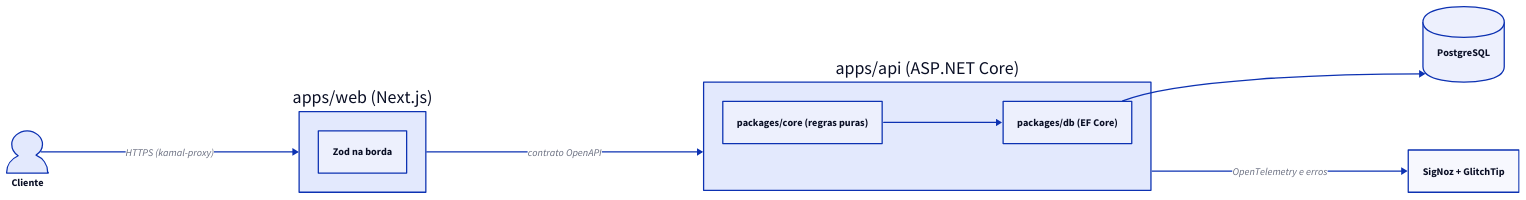
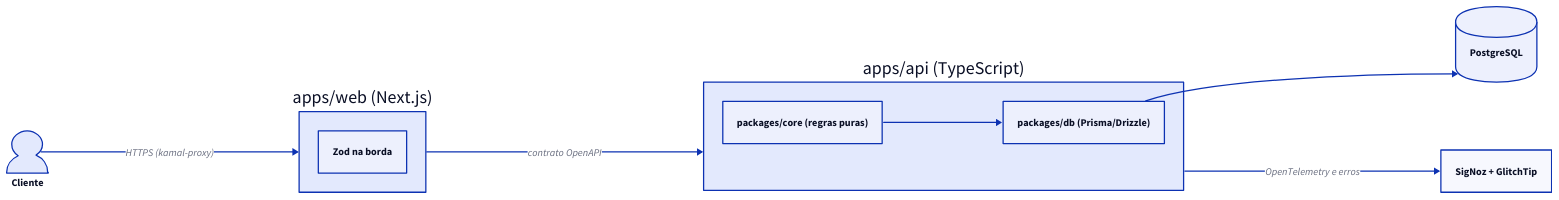
The diagram in 11-setup-dev-setup/docs/arquitetura-exemplo.d2 (AlanMateus17/Portfolio-AMS-Obsidian-Vault), drawn with D2 before and after one commit. The commit also changed 126 other files, not shown here.

```diff
--- a/11-setup-dev-setup/docs/arquitetura-exemplo.d2
+++ b/11-setup-dev-setup/docs/arquitetura-exemplo.d2
@@ -1,17 +1,17 @@
 # Arquitetura de um sistema AM (exemplo para o just diagrama). Gera docs/arquitetura-exemplo.svg.
 direction: right
 cliente: Cliente {shape: person}
 web: apps/web (Next.js) {
   zod: Zod na borda
 }
-api: apps/api (ASP.NET Core) {
+api: apps/api (TypeScript) {
   core: packages/core (regras puras)
-  db: packages/db (EF Core)
+  db: packages/db (Prisma/Drizzle)
 }
 pg: PostgreSQL {shape: cylinder}
 obs: SigNoz + GlitchTip
 cliente -> web: HTTPS (kamal-proxy)
 web -> api: contrato OpenAPI
 api.core -> api.db
 api.db -> pg
 api -> obs: OpenTelemetry e erros
```
